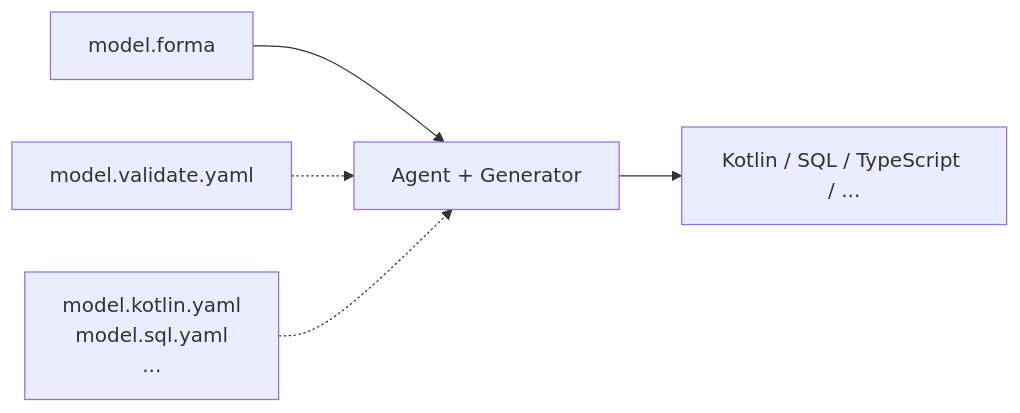
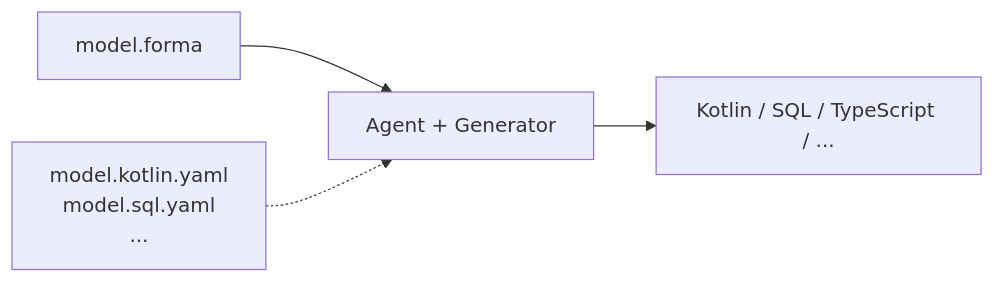
One commit to phansen314/forma changed the diagram in README.md. Above: the diagram before and after it, drawn with Mermaid. The commit also changed other lines of this file and 6 other files, not shown here.

````diff
--- a/README.md
+++ b/README.md
@@ -39,7 +38,6 @@
 ```mermaid
 flowchart LR
     HUB[model.forma] --> GEN[Agent + Generator]
-    VAL[model.validate.yaml] -.-> GEN
     TGT[model.kotlin.yaml<br/>model.sql.yaml<br/>...] -.-> GEN
     GEN --> OUT[Kotlin / SQL / TypeScript / ...]
 ```
````
